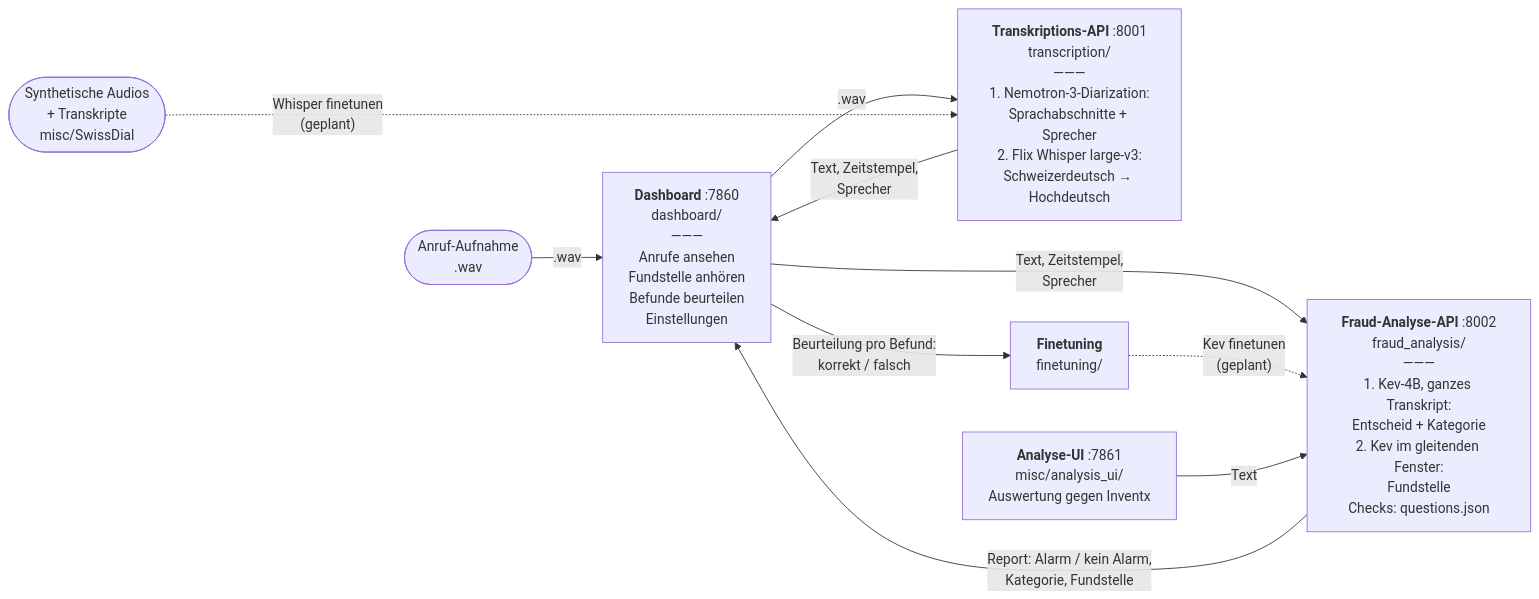
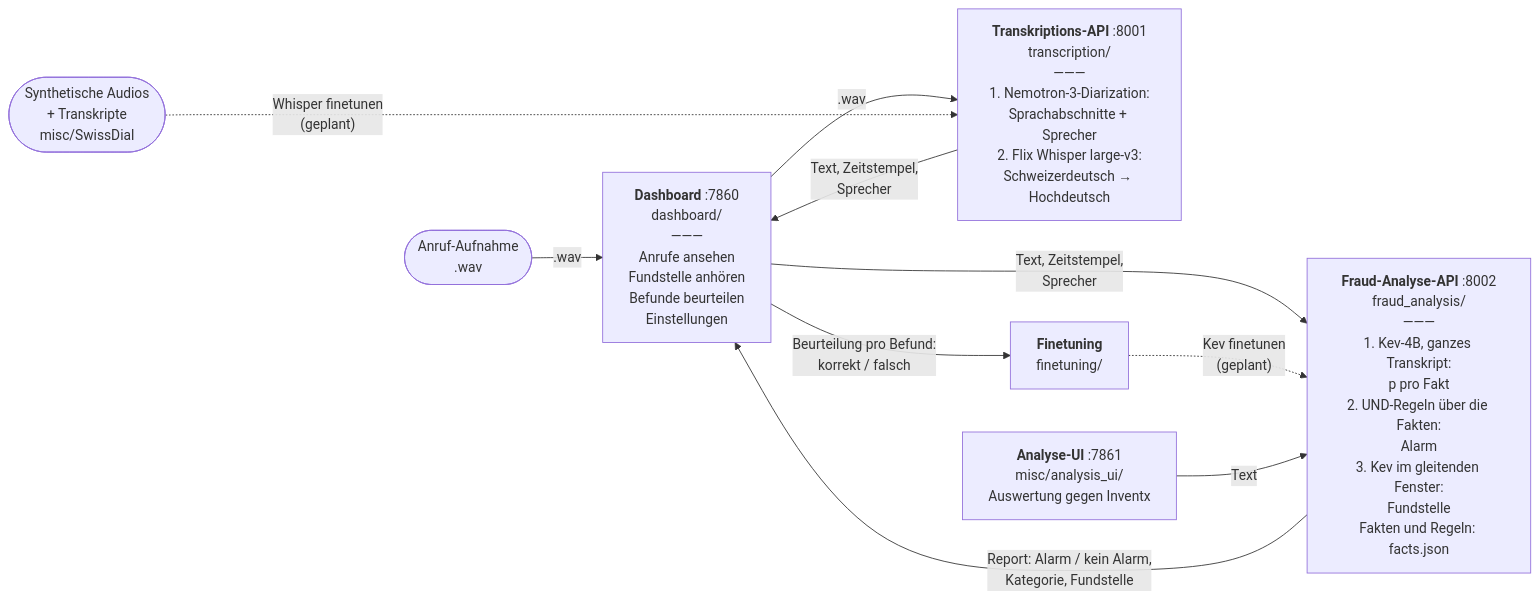
The diagram in README.md (markandrewc/sprintd_zurich), drawn with Mermaid before and after one commit. The commit also changed other lines of this file and 31 other files, not shown here.

First line of the commit message:
Hierarchische Prüfung (Fakten -> Regeln), neues Web-Dashboard "Sherlock Phones", Finetuning-Pipeline

````diff
--- a/README.md
+++ b/README.md
@@ -8,21 +8,21 @@
 ```mermaid
 flowchart LR
     rec(["Anruf-Aufnahme<br/>.wav"])
     syn(["Synthetische Audios<br/>+ Transkripte<br/>misc/SwissDial"])
 
     T["<b>Transkriptions-API</b> :8001<br/>transcription/<br/>―――<br/>1. Nemotron-3-Diarization:<br/>Sprachabschnitte + Sprecher<br/>2. Flix Whisper large-v3:<br/>Schweizerdeutsch → Hochdeutsch"]
     D["<b>Dashboard</b> :7860<br/>dashboard/<br/>―――<br/>Anrufe ansehen<br/>Fundstelle anhören<br/>Befunde beurteilen<br/>Einstellungen"]
-    F["<b>Fraud-Analyse-API</b> :8002<br/>fraud_analysis/<br/>―――<br/>1. Kev-4B, ganzes Transkript:<br/>Entscheid + Kategorie<br/>2. Kev im gleitenden Fenster:<br/>Fundstelle<br/>Checks: questions.json"]
+    F["<b>Fraud-Analyse-API</b> :8002<br/>fraud_analysis/<br/>―――<br/>1. Kev-4B, ganzes Transkript:<br/>p pro Fakt<br/>2. UND-Regeln über die Fakten:<br/>Alarm<br/>3. Kev im gleitenden Fenster:<br/>Fundstelle<br/>Fakten und Regeln: facts.json"]
     FT["<b>Finetuning</b><br/>finetuning/"]
     DEV["<b>Analyse-UI</b> :7861<br/>misc/analysis_ui/<br/>Auswertung gegen Inventx"]
 
     rec -->|".wav"| D
     D -->|".wav"| T
     T -->|"Text, Zeitstempel,<br/>Sprecher"| D
     D -->|"Text, Zeitstempel,<br/>Sprecher"| F
     F -->|"Report: Alarm / kein Alarm,<br/>Kategorie, Fundstelle"| D
     D -->|"Beurteilung pro Befund:<br/>korrekt / falsch"| FT
     FT -.->|"Kev finetunen<br/>(geplant)"| F
     syn -.....->|"Whisper finetunen<br/>(geplant)"| T
     DEV -->|"Text"| F
 ```
````
